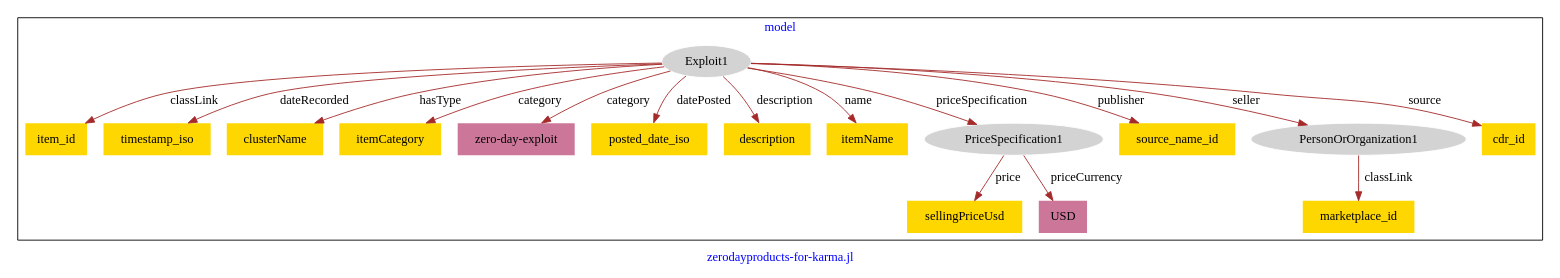
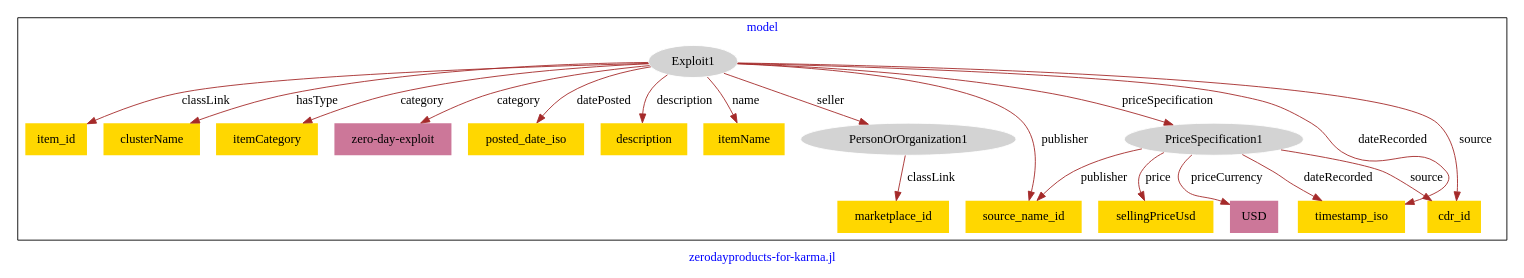
Before and after one commit to usc-isi-i2/effect-alignment: the diagram in models/asu-zero-day-products/zero_day_products-model.dot, drawn with Graphviz.

Commit message:
Update file zero_day_products-model.dot

```diff
--- a/models/asu-zero-day-products/zero_day_products-model.dot
+++ b/models/asu-zero-day-products/zero_day_products-model.dot
@@ -1,39 +1,42 @@
 digraph n0 {
 fontcolor="blue"
 remincross="true"
 label="zerodayproducts-for-karma.jl"
 subgraph cluster {
 label="model"
 n2[style="filled",color="white",fillcolor="lightgray",label="Exploit1"];
 n3[shape="plaintext",style="filled",fillcolor="gold",label="item_id"];
-n4[shape="plaintext",style="filled",fillcolor="gold",label="timestamp_iso"];
-n5[shape="plaintext",style="filled",fillcolor="gold",label="clusterName"];
-n6[shape="plaintext",style="filled",fillcolor="gold",label="itemCategory"];
-n7[shape="plaintext",style="filled",fillcolor="#CC7799",label="zero-day-exploit"];
-n8[shape="plaintext",style="filled",fillcolor="gold",label="posted_date_iso"];
-n9[shape="plaintext",style="filled",fillcolor="gold",label="description"];
-n10[shape="plaintext",style="filled",fillcolor="gold",label="itemName"];
-n11[style="filled",color="white",fillcolor="lightgray",label="PriceSpecification1"];
-n12[shape="plaintext",style="filled",fillcolor="gold",label="source_name_id"];
-n13[style="filled",color="white",fillcolor="lightgray",label="PersonOrOrganization1"];
-n14[shape="plaintext",style="filled",fillcolor="gold",label="cdr_id"];
-n15[shape="plaintext",style="filled",fillcolor="gold",label="marketplace_id"];
-n16[shape="plaintext",style="filled",fillcolor="gold",label="sellingPriceUsd"];
-n17[shape="plaintext",style="filled",fillcolor="#CC7799",label="USD"];
+n4[shape="plaintext",style="filled",fillcolor="gold",label="clusterName"];
+n5[shape="plaintext",style="filled",fillcolor="gold",label="itemCategory"];
+n6[shape="plaintext",style="filled",fillcolor="#CC7799",label="zero-day-exploit"];
+n7[shape="plaintext",style="filled",fillcolor="gold",label="posted_date_iso"];
+n8[shape="plaintext",style="filled",fillcolor="gold",label="description"];
+n9[shape="plaintext",style="filled",fillcolor="gold",label="itemName"];
+n10[shape="plaintext",style="filled",fillcolor="gold",label="source_name_id"];
+n11[style="filled",color="white",fillcolor="lightgray",label="PersonOrOrganization1"];
+n12[shape="plaintext",style="filled",fillcolor="gold",label="marketplace_id"];
+n13[style="filled",color="white",fillcolor="lightgray",label="PriceSpecification1"];
+n14[shape="plaintext",style="filled",fillcolor="gold",label="sellingPriceUsd"];
+n15[shape="plaintext",style="filled",fillcolor="#CC7799",label="USD"];
+n16[shape="plaintext",style="filled",fillcolor="gold",label="cdr_id"];
+n17[shape="plaintext",style="filled",fillcolor="gold",label="timestamp_iso"];
 }
 n2 -> n3[color="brown",fontcolor="black",label="classLink"]
-n2 -> n4[color="brown",fontcolor="black",label="dateRecorded"]
-n2 -> n5[color="brown",fontcolor="black",label="hasType"]
+n2 -> n4[color="brown",fontcolor="black",label="hasType"]
+n2 -> n5[color="brown",fontcolor="black",label="category"]
 n2 -> n6[color="brown",fontcolor="black",label="category"]
-n2 -> n7[color="brown",fontcolor="black",label="category"]
-n2 -> n8[color="brown",fontcolor="black",label="datePosted"]
-n2 -> n9[color="brown",fontcolor="black",label="description"]
-n2 -> n10[color="brown",fontcolor="black",label="name"]
-n2 -> n11[color="brown",fontcolor="black",label="priceSpecification"]
-n2 -> n12[color="brown",fontcolor="black",label="publisher"]
-n2 -> n13[color="brown",fontcolor="black",label="seller"]
-n2 -> n14[color="brown",fontcolor="black",label="source"]
-n13 -> n15[color="brown",fontcolor="black",label="classLink"]
-n11 -> n16[color="brown",fontcolor="black",label="price"]
-n11 -> n17[color="brown",fontcolor="black",label="priceCurrency"]
+n2 -> n7[color="brown",fontcolor="black",label="datePosted"]
+n2 -> n8[color="brown",fontcolor="black",label="description"]
+n2 -> n9[color="brown",fontcolor="black",label="name"]
+n2 -> n10[color="brown",fontcolor="black",label="publisher"]
+n11 -> n12[color="brown",fontcolor="black",label="classLink"]
+n13 -> n14[color="brown",fontcolor="black",label="price"]
+n13 -> n15[color="brown",fontcolor="black",label="priceCurrency"]
+n13 -> n10[color="brown",fontcolor="black",label="publisher"]
+n2 -> n16[color="brown",fontcolor="black",label="source"]
+n2 -> n13[color="brown",fontcolor="black",label="priceSpecification"]
+n2 -> n17[color="brown",fontcolor="black",label="dateRecorded"]
+n13 -> n17[color="brown",fontcolor="black",label="dateRecorded"]
+n13 -> n16[color="brown",fontcolor="black",label="source"]
+n2 -> n11[color="brown",fontcolor="black",label="seller"]
 }
```
